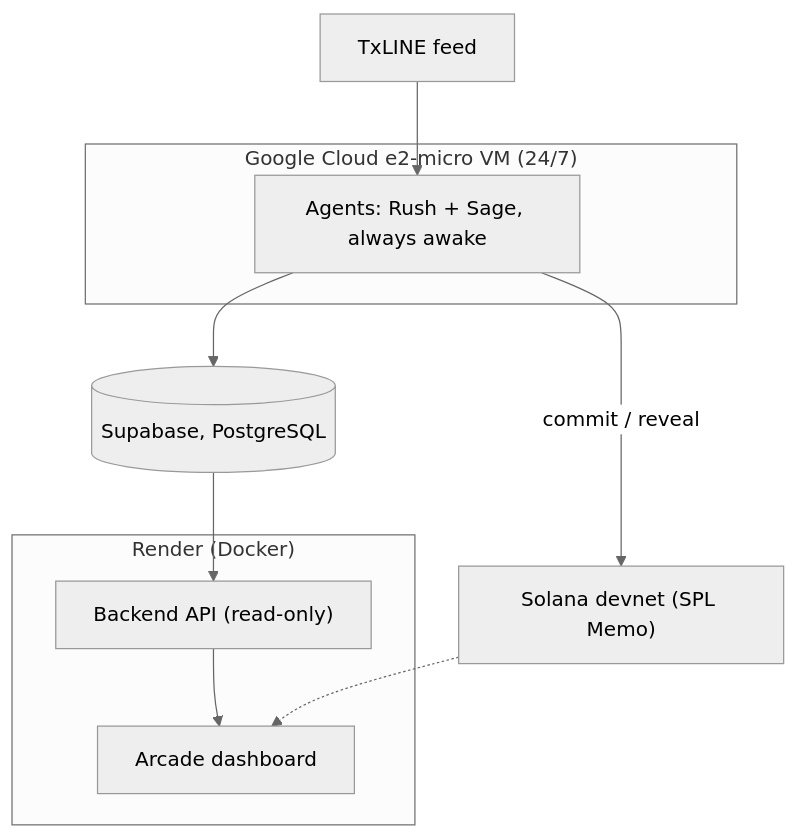
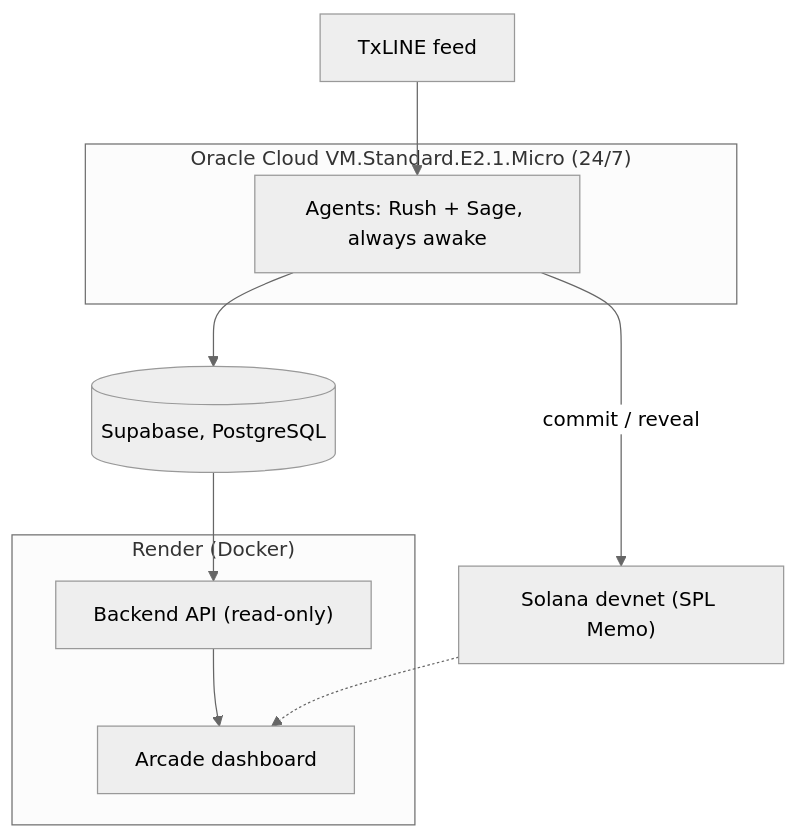
The diagram in docs-site/docs/deployment.md (ceciliagalvaoo/sentinel-arena), drawn with Mermaid (neutral theme) before and after one commit. The commit also changed 4 other files, not shown here.

````diff
--- a/docs-site/docs/deployment.md
+++ b/docs-site/docs/deployment.md
@@ -11,16 +11,16 @@
 ```mermaid
 flowchart TB
     TX["TxLINE feed"] --> AG
-    subgraph GCP["Google Cloud e2-micro VM (24/7)"]
+    subgraph ORACLE["Oracle Cloud VM.Standard.E2.1.Micro (24/7)"]
       AG["Agents: Rush + Sage, always awake"]
     end
     AG -->|commit / reveal| SOL["Solana devnet (SPL Memo)"]
     AG --> DB[("Supabase, PostgreSQL")]
     subgraph RENDER["Render (Docker)"]
       API["Backend API (read-only)"]
       UI["Arcade dashboard"]
     end
     DB --> API
     API --> UI
     SOL -.-> UI
 ```
````
